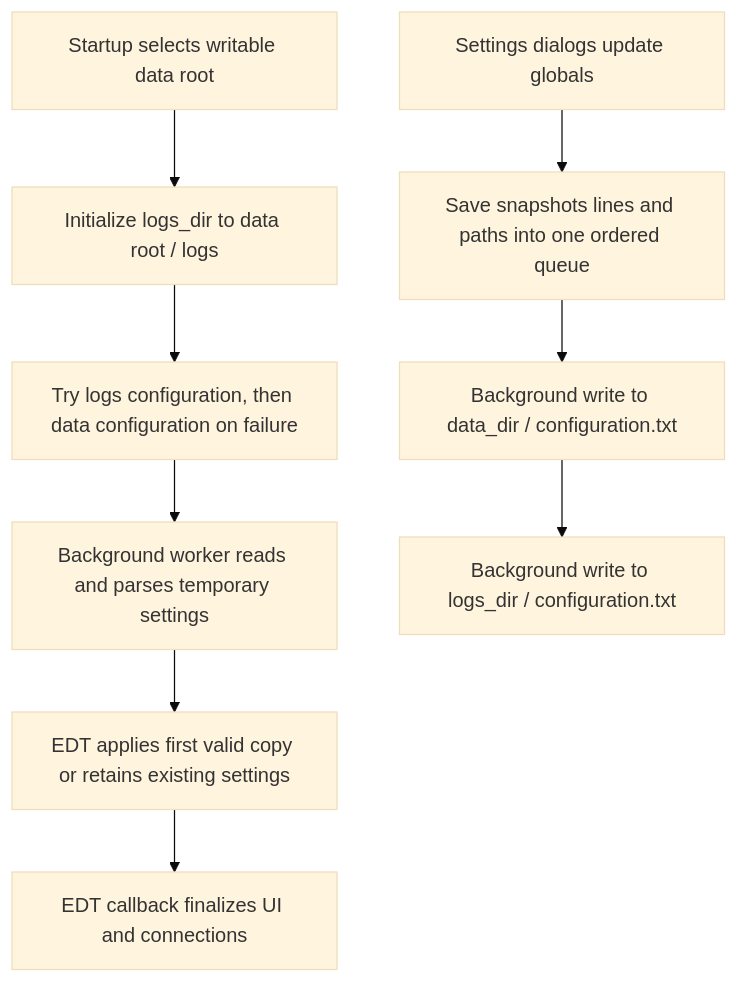
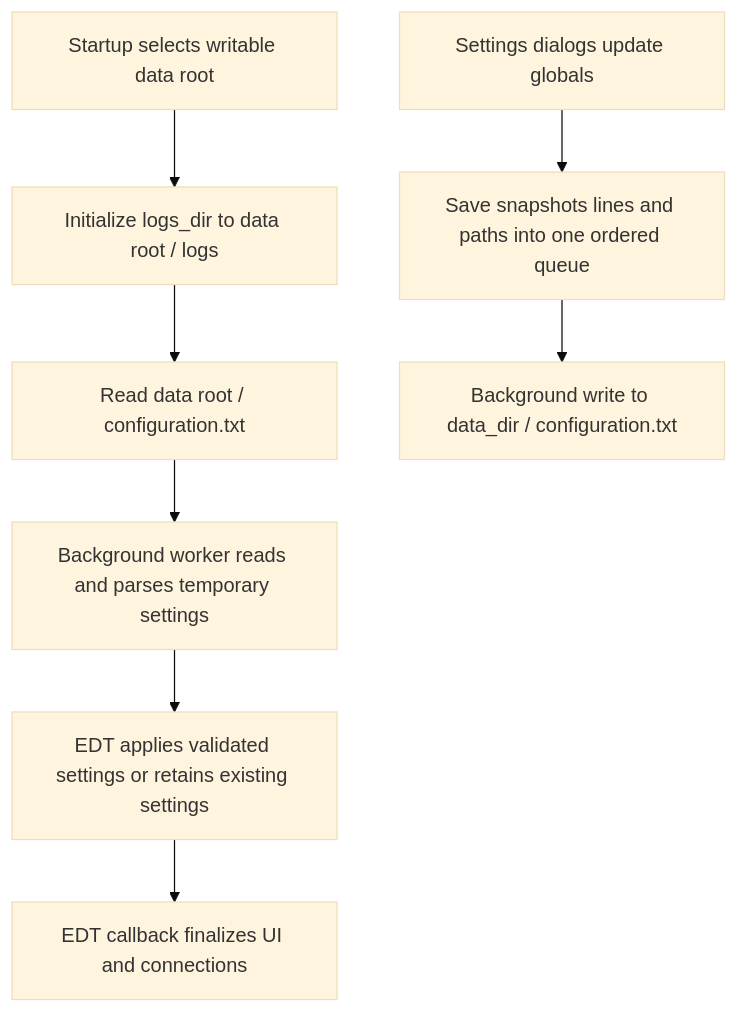
One commit to DeutscherWetterdienst/turbowin changed the diagram in documentation/configuration_persistence.md. Above: the diagram before and after it, drawn with Mermaid (base theme). The commit also changed other lines of this file and 22 other files, not shown here.

````diff
--- a/documentation/configuration_persistence.md
+++ b/documentation/configuration_persistence.md
@@ -19,11 +19,10 @@
 ```mermaid
 flowchart TD
     A[Startup selects writable data root] --> B[Initialize logs_dir to data root / logs]
-    B --> C[Try logs configuration, then data configuration on failure]
+    B --> C[Read data root / configuration.txt]
     C --> D[Background worker reads and parses temporary settings]
-    D --> E[EDT applies first valid copy or retains existing settings]
+    D --> E[EDT applies validated settings or retains existing settings]
     E --> F[EDT callback finalizes UI and connections]
     G[Settings dialogs update globals] --> H[Save snapshots lines and paths into one ordered queue]
     H --> I[Background write to data_dir / configuration.txt]
-    I --> J[Background write to logs_dir / configuration.txt]
 ```
````
